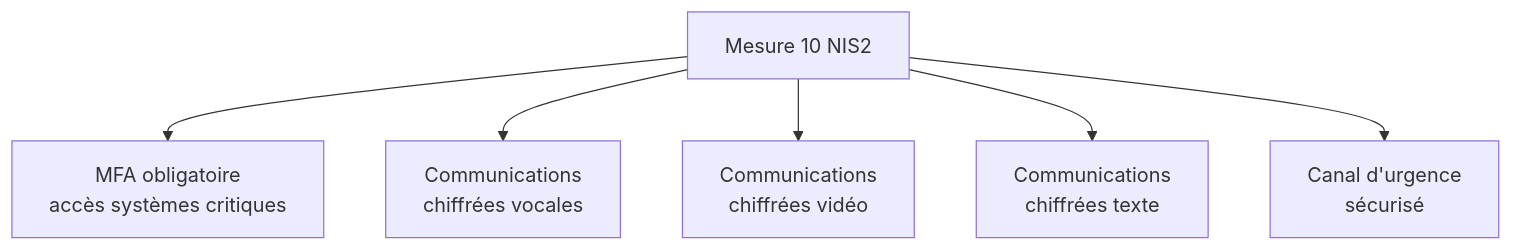
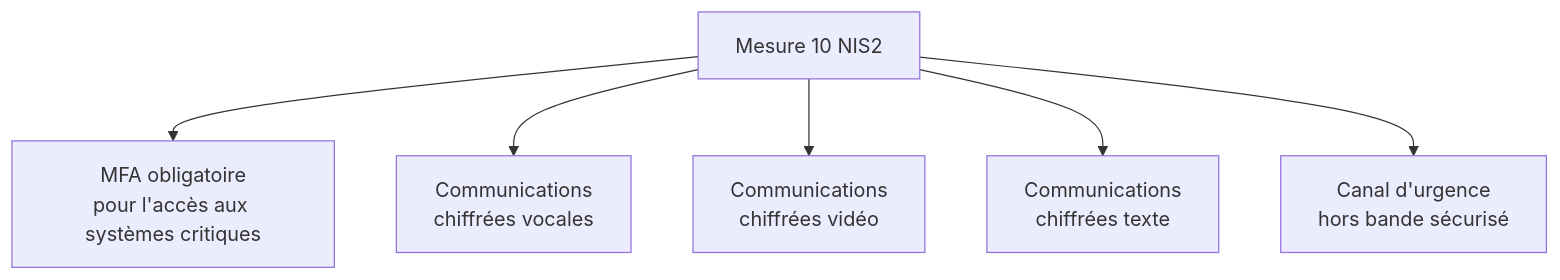
The fifth of 8 diagrams in docs/cursus-forensic/01-cycle-0-fondations/module-1-legislation/07-nis2-loi-resilience.md (zyrass/omnydocs), drawn with Mermaid before and after one commit. The commit also changed other lines of this file and 171 other files, not shown here.

````diff
--- a/docs/cursus-forensic/01-cycle-0-fondations/module-1-legislation/07-nis2-loi-resilience.md
+++ b/docs/cursus-forensic/01-cycle-0-fondations/module-1-legislation/07-nis2-loi-resilience.md
@@ -226,8 +241,8 @@
 ```mermaid
 flowchart TB
-    A[Mesure 10 NIS2] --> B[MFA obligatoire<br>accès systèmes critiques]
-    A --> C[Communications<br>chiffrées vocales]
-    A --> D[Communications<br>chiffrées vidéo]
-    A --> E[Communications<br>chiffrées texte]
-    A --> F[Canal d'urgence<br>sécurisé]
+    A["Mesure 10 NIS2"] --> B["MFA obligatoire<br>pour l'accès aux systèmes critiques"]
+    A --> C["Communications<br>chiffrées vocales"]
+    A --> D["Communications<br>chiffrées vidéo"]
+    A --> E["Communications<br>chiffrées texte"]
+    A --> F["Canal d'urgence<br>hors bande sécurisé"]
 ```
````
